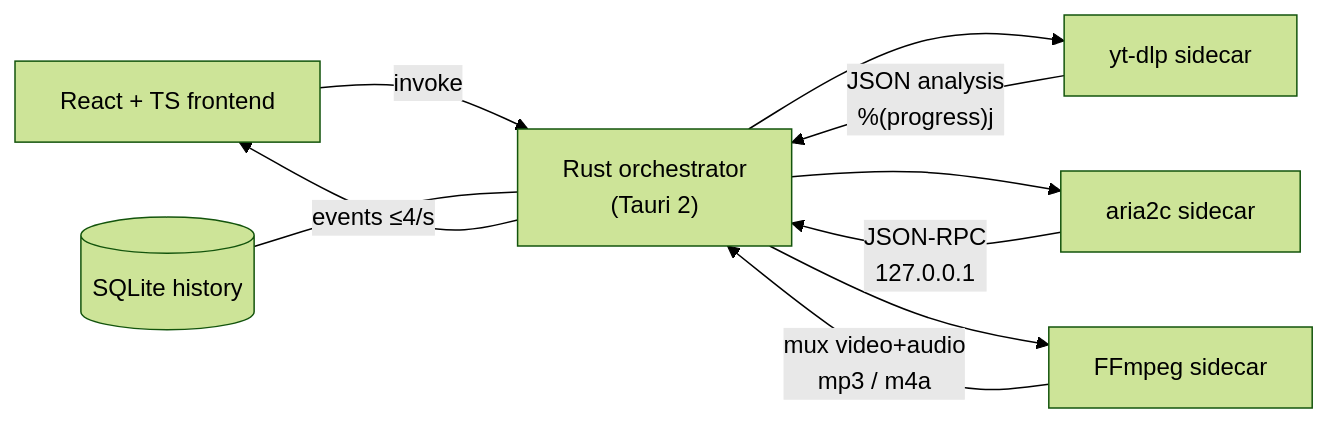
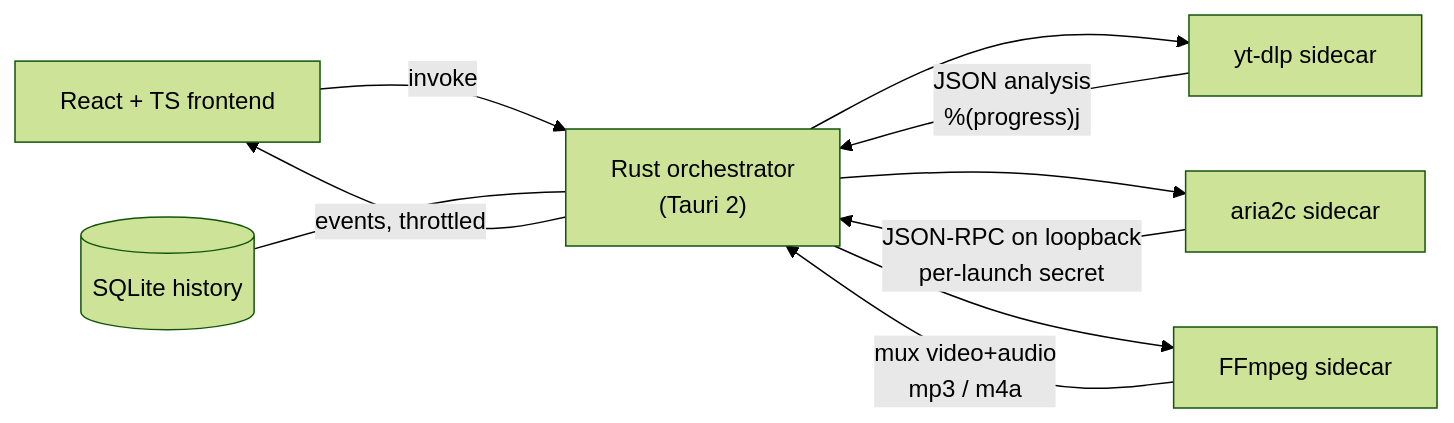
Before and after one commit to Therealwh/gruzly: the diagram in README.md, drawn with Mermaid (forest theme). The commit also changed other lines of this file and 7 other files, not shown here.

````diff
--- a/README.md
+++ b/README.md
@@ -113,12 +161,12 @@
 ```mermaid
 flowchart LR
     UI["React + TS frontend"] -->|invoke| CORE["Rust orchestrator<br/>(Tauri 2)"]
-    CORE -->|events ≤4/s| UI
+    CORE -->|events, throttled| UI
     CORE --> YT["yt-dlp sidecar"]
     CORE --> AR["aria2c sidecar"]
     CORE --> FF["FFmpeg sidecar"]
     YT -->|"JSON analysis<br/>%(progress)j"| CORE
-    AR -->|"JSON-RPC<br/>127.0.0.1"| CORE
+    AR -->|"JSON-RPC on loopback<br/>per-launch secret"| CORE
     FF -->|"mux video+audio<br/>mp3 / m4a"| CORE
     DB[(SQLite history)] --- CORE
 ```
````
